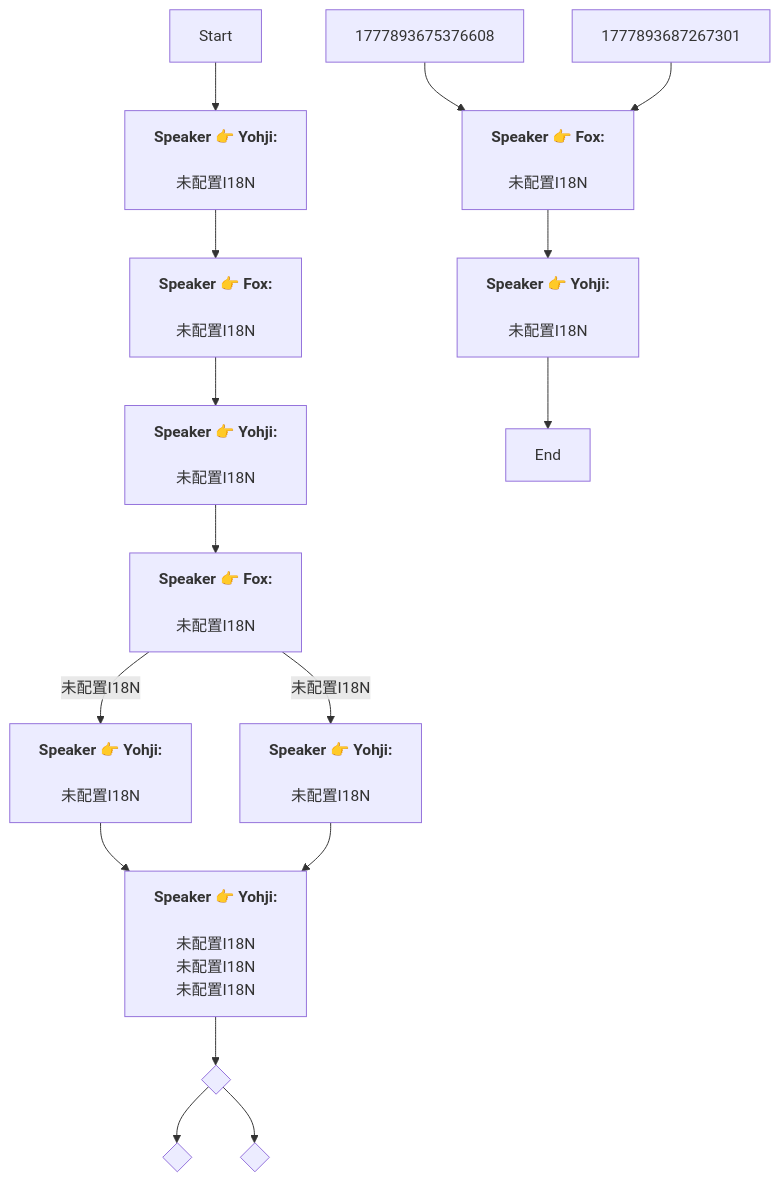
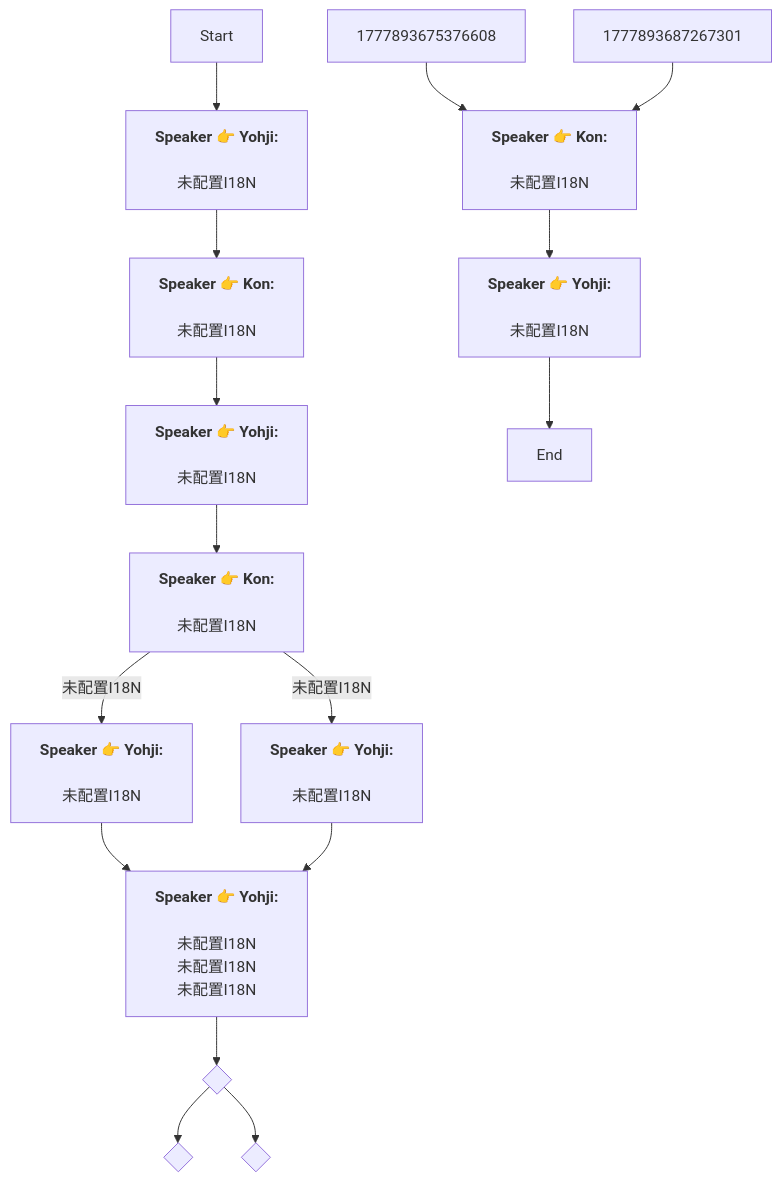
The diagram in En/QuestStartTalkENode_1777893168562113.md (SoftHu/tos_avg), drawn with Mermaid before and after one commit. The commit also changed 730 other files, not shown here.

````diff
--- a/En/QuestStartTalkENode_1777893168562113.md
+++ b/En/QuestStartTalkENode_1777893168562113.md
@@ -1,30 +1,30 @@
 ```mermaid
 graph
 Start -->1777893341258693[<b>Speaker 👉 Yohji:</b>
 \n未配置I18N]
-1777893341258693 -->1777893356322758[<b>Speaker 👉 Fox:</b>
+1777893341258693 -->1777893356322758[<b>Speaker 👉 Kon:</b>
 \n未配置I18N]
 1777893356322758 -->1777893447011272[<b>Speaker 👉 Yohji:</b>
 \n未配置I18N]
-1777893447011272 -->1777893459127242[<b>Speaker 👉 Fox:</b>
+1777893447011272 -->1777893459127242[<b>Speaker 👉 Kon:</b>
 \n未配置I18N]
 1777893459127242 -->|未配置I18N|1777893489737682[<b>Speaker 👉 Yohji:</b>
 \n未配置I18N]
 1777893459127242 -->|未配置I18N|1777893499853781[<b>Speaker 👉 Yohji:</b>
 \n未配置I18N]
 1777893489737682 -->1777893600713688[<b>Speaker 👉 Yohji:</b>
 \n未配置I18N\n未配置I18N\n未配置I18N]
 1777893600713688 -->1778080121672287{ }
 1778080121672287 -->1777893657707483{ }
 1778080121672287 -->1778080441942628{ }
-1777893675376608 -->1777893706327016[<b>Speaker 👉 Fox:</b>
+1777893675376608 -->1777893706327016[<b>Speaker 👉 Kon:</b>
 \n未配置I18N]
 1777893706327016 -->1777893731027947[<b>Speaker 👉 Yohji:</b>
 \n未配置I18N]
 1777893731027947 -->1777893747187694[End]
-1777893687267301 -->1777893706327016[<b>Speaker 👉 Fox:</b>
+1777893687267301 -->1777893706327016[<b>Speaker 👉 Kon:</b>
 \n未配置I18N]
 1777893499853781 -->1777893600713688[<b>Speaker 👉 Yohji:</b>
 \n未配置I18N\n未配置I18N\n未配置I18N]
 
 ```
````
